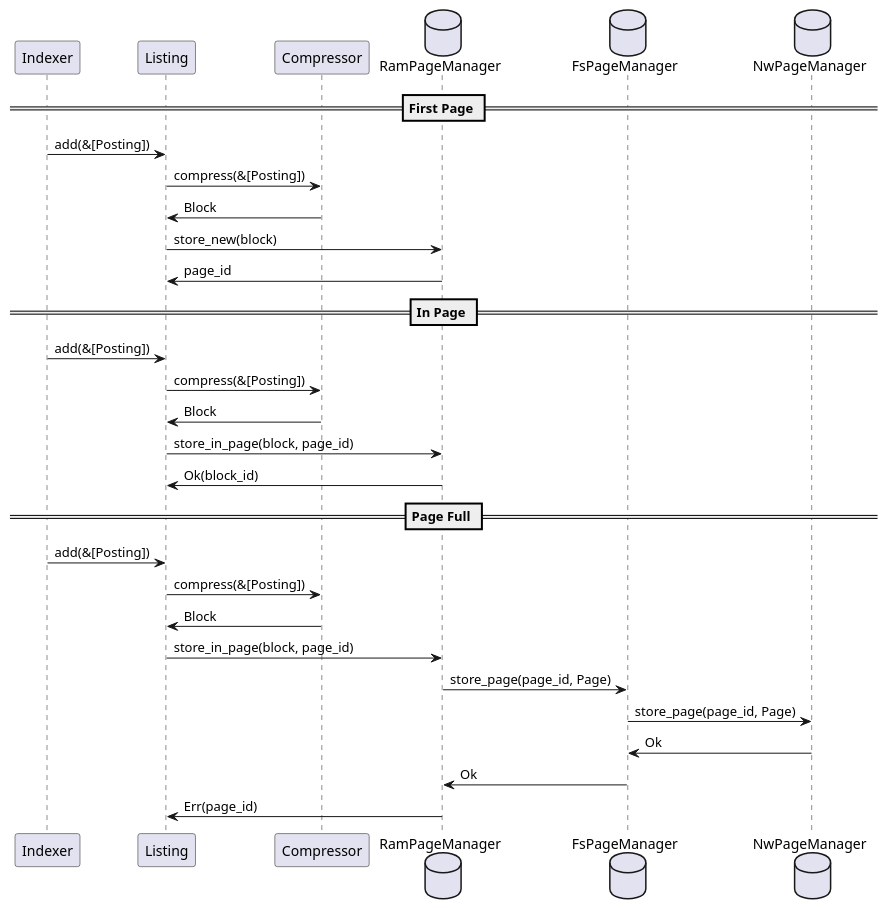
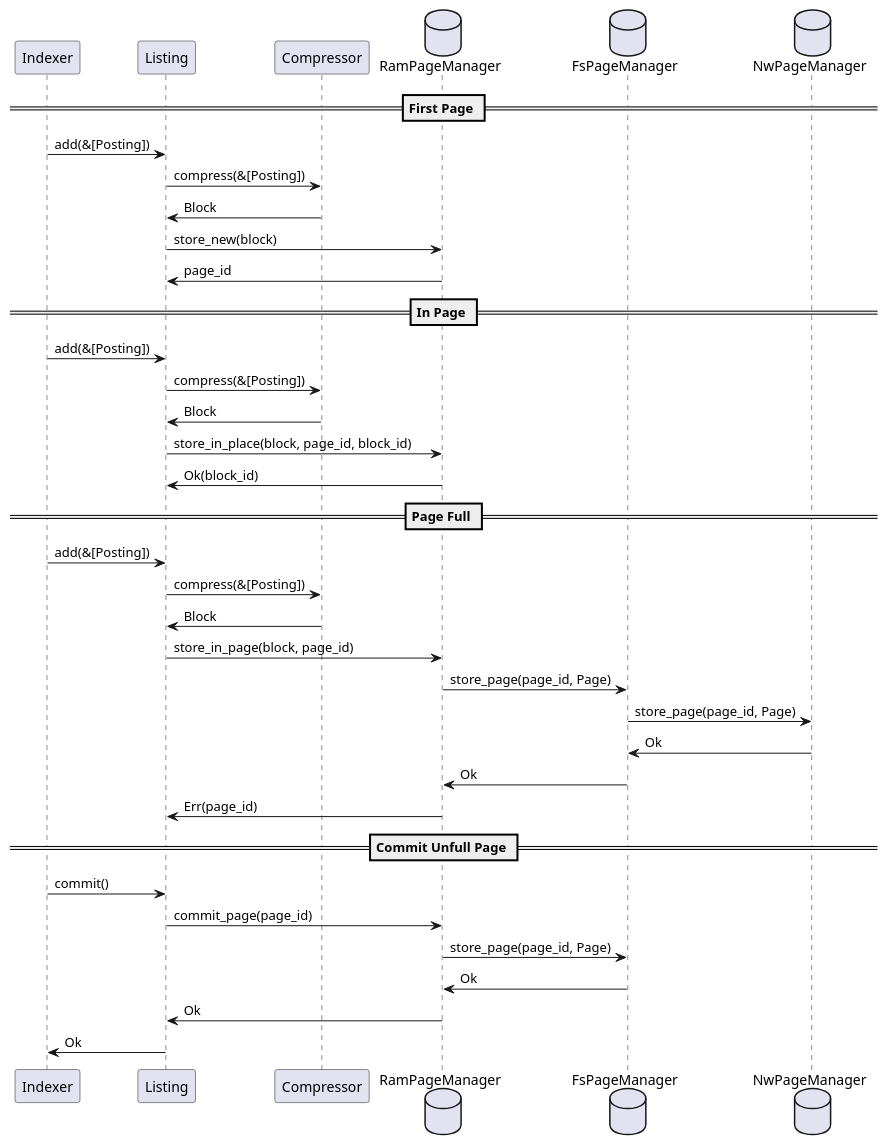
Before and after one commit to CurrySoftware/perlin: the third of 6 diagrams in notes/roadmap_1_0.org, drawn with PlantUML. The commit also changed other lines of this file and 6 other files, not shown here.

Commit message:
Implemented RamPageCache

```diff
--- a/notes/roadmap_1_0.org
+++ b/notes/roadmap_1_0.org
@@ -75,30 +75,37 @@
 #+begin_src plantuml :file indexing_process.png
 participant Indexer
 participant Listing
 participant Compressor
 database RamPageManager
 database FsPageManager
 database NwPageManager
 == First Page ==
 Indexer -> Listing : add(&[Posting])
 Listing -> Compressor : compress(&[Posting])
 Compressor -> Listing : Block
 Listing -> RamPageManager : store_new(block)
 RamPageManager -> Listing : page_id
 == In Page ==
 Indexer -> Listing : add(&[Posting])
 Listing -> Compressor : compress(&[Posting])
 Compressor -> Listing : Block
-Listing -> RamPageManager : store_in_page(block, page_id)
+Listing -> RamPageManager : store_in_place(block, page_id, block_id)
 RamPageManager -> Listing : Ok(block_id)
 == Page Full ==
 Indexer -> Listing : add(&[Posting])
 Listing -> Compressor : compress(&[Posting])
 Compressor -> Listing : Block
 Listing -> RamPageManager : store_in_page(block, page_id)
 RamPageManager -> FsPageManager : store_page(page_id, Page)
 FsPageManager -> NwPageManager : store_page(page_id, Page)
 NwPageManager -> FsPageManager : Ok
 FsPageManager -> RamPageManager : Ok
 RamPageManager -> Listing : Err(page_id)
+== Commit Unfull Page == 
+Indexer -> Listing : commit()
+Listing -> RamPageManager : commit_page(page_id)
+RamPageManager -> FsPageManager : store_page(page_id, Page)
+FsPageManager -> RamPageManager : Ok
+RamPageManager -> Listing : Ok
+Listing -> Indexer : Ok
 #+end_src
```
